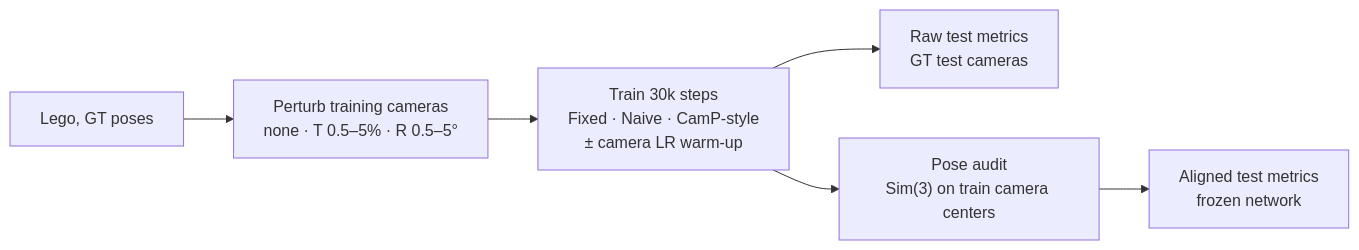
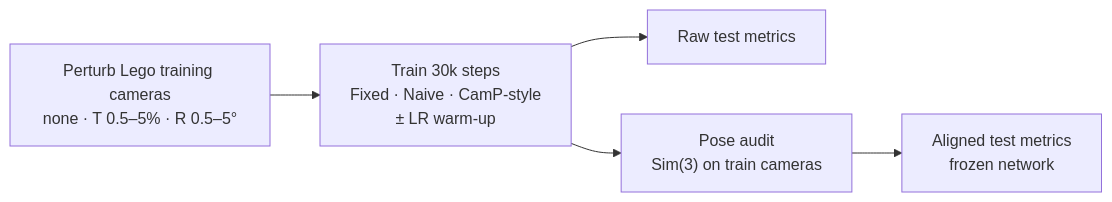
One commit to chu-jiaming/PoseGuard-NeRF changed the diagram in README.md. Above: the diagram before and after it, drawn with Mermaid. The commit also changed 1 other file, not shown here.

Commit message:
docs: narrow the method diagram so GitHub does not crop it

````diff
--- a/README.md
+++ b/README.md
@@ -40,8 +40,7 @@
 ```mermaid
 flowchart LR
-    A["Lego, GT poses"] --> B["Perturb training cameras<br/>none · T 0.5–5% · R 0.5–5°"]
-    B --> C["Train 30k steps<br/>Fixed · Naive · CamP-style<br/>± camera LR warm-up"]
-    C --> D["Raw test metrics<br/>GT test cameras"]
-    C --> E["Pose audit<br/>Sim(3) on train camera centers"]
+    B["Perturb Lego training cameras<br/>none · T 0.5–5% · R 0.5–5°"] --> C["Train 30k steps<br/>Fixed · Naive · CamP-style<br/>± LR warm-up"]
+    C --> D["Raw test metrics"]
+    C --> E["Pose audit<br/>Sim(3) on train cameras"]
     E --> F["Aligned test metrics<br/>frozen network"]
 ```
````
